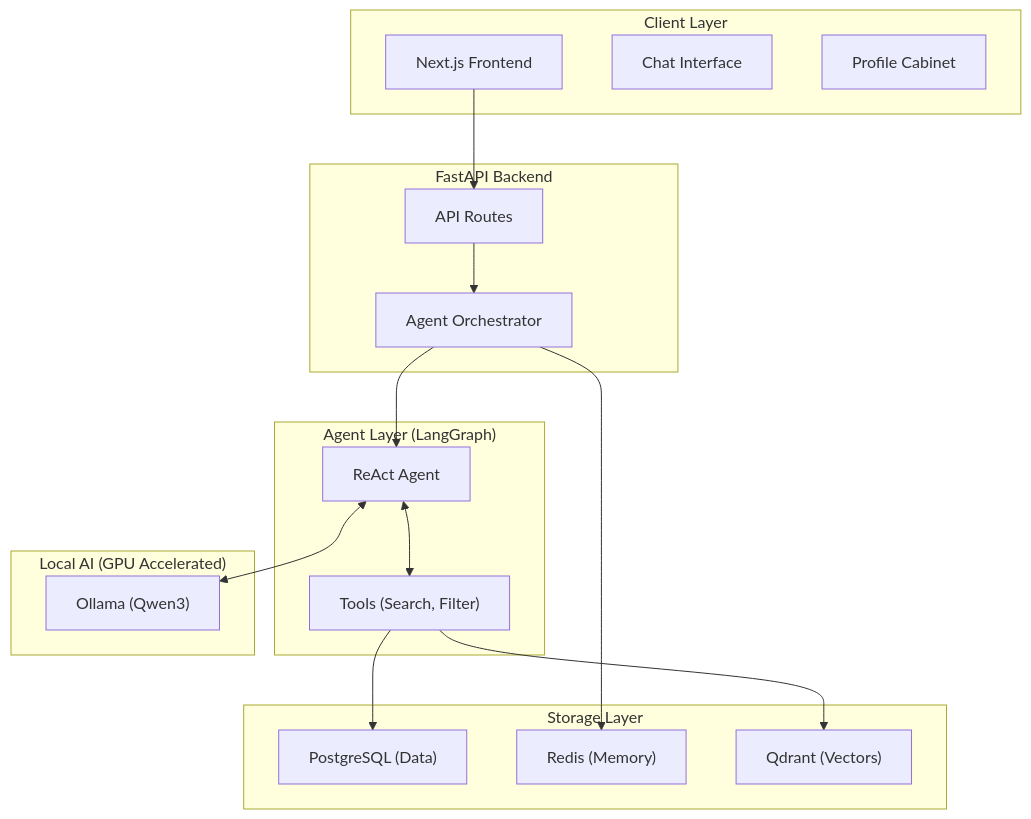
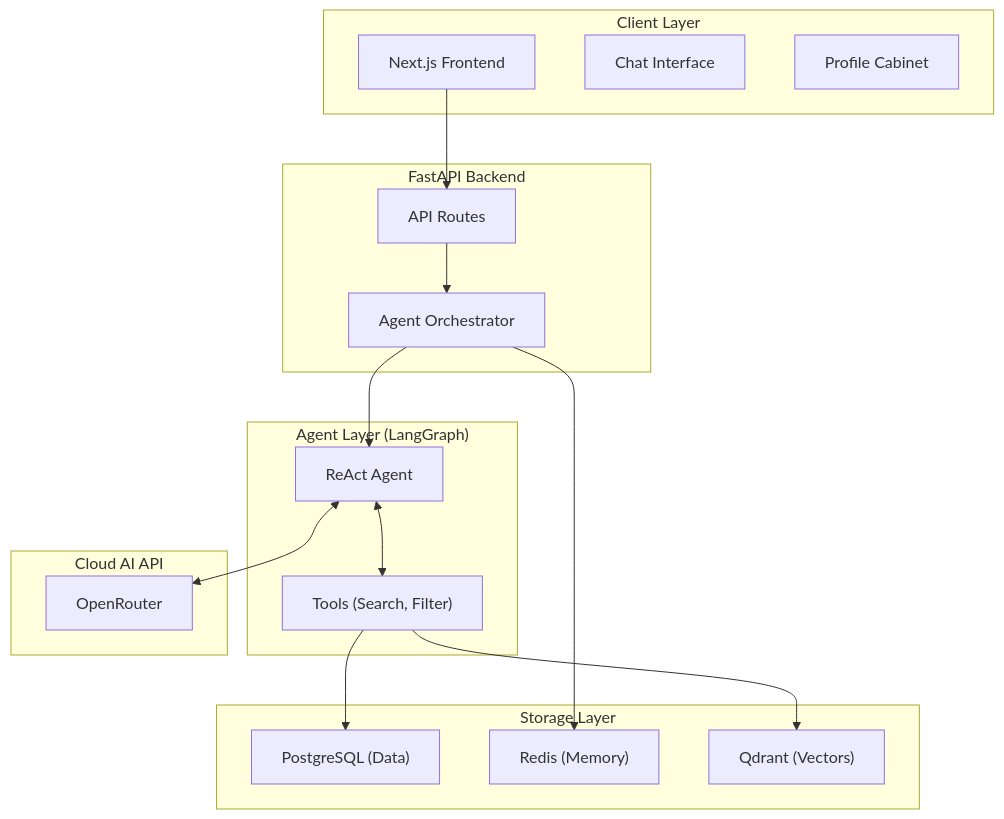
One commit to Kirill21897/AI_SaaS_Platform changed the diagram in docs/Project Overview (Pitch).md. Above: the diagram before and after it, drawn with Mermaid. The commit also changed other lines of this file and 21 other files, not shown here.

````diff
--- a/docs/Project Overview (Pitch).md
+++ b/docs/Project Overview (Pitch).md
@@ -16,37 +16,37 @@
 ```mermaid
 flowchart TB
     subgraph Client["Client Layer"]
         UI["Next.js Frontend"]
         CHAT["Chat Interface"]
         PROFILE["Profile Cabinet"]
     end
 
     subgraph API["FastAPI Backend"]
         ROUTER["API Routes"]
         ORCH["Agent Orchestrator"]
     end
 
     subgraph AGENT["Agent Layer (LangGraph)"]
         REACT["ReAct Agent"]
         TOOLS["Tools (Search, Filter)"]
     end
 
     subgraph STORAGE["Storage Layer"]
         PG["PostgreSQL (Data)"]
         REDIS["Redis (Memory)"]
         QDRANT["Qdrant (Vectors)"]
     end
 
-    subgraph LOCAL_AI["Local AI (GPU Accelerated)"]
-        OLLAMA["Ollama (Qwen3)"]
+    subgraph CLOUD_AI["Cloud AI API"]
+        OPENROUTER["OpenRouter"]
     end
 
     UI --> ROUTER
     ROUTER --> ORCH
     ORCH --> REACT
     REACT <--> TOOLS
     TOOLS --> PG
     TOOLS --> QDRANT
-    REACT <--> OLLAMA
+    REACT <--> OPENROUTER
     ORCH --> REDIS
 ```
````
